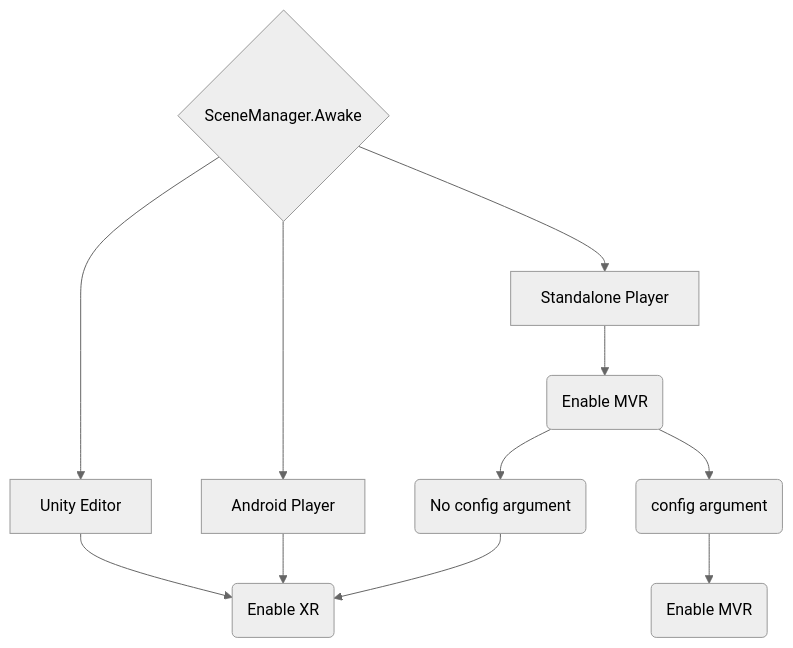
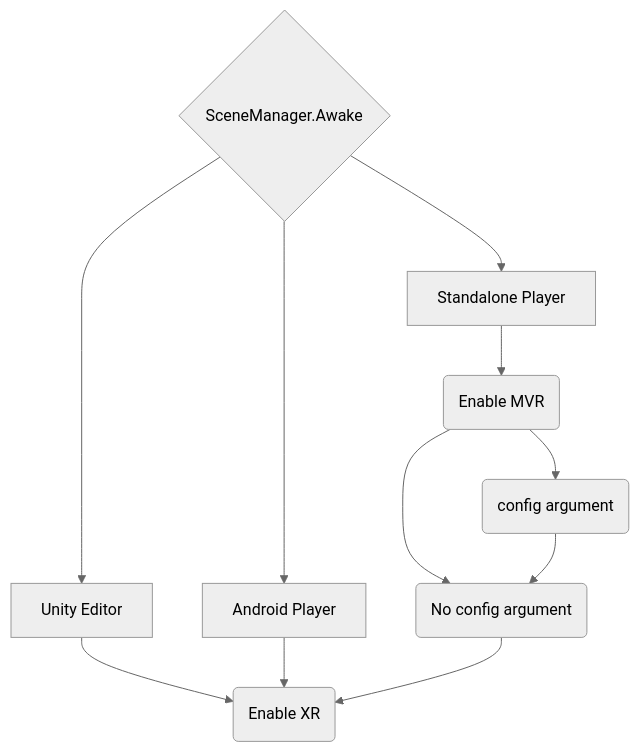
Before and after one commit to brown-ccv/w3d-translator: the diagram in docs/Writing3D.md, drawn with Mermaid (neutral theme). The commit also changed other lines of this file, not shown here.

````diff
--- a/docs/Writing3D.md
+++ b/docs/Writing3D.md
@@ -37,15 +37,15 @@
 ```mermaid
 graph TD;
     awake{SceneManager.Awake}-->unityEditor[Unity Editor]
     awake{SceneManager.Awake}-->standalonePlayer[Standalone Player]
     awake{SceneManager.Awake}-->androidPlayer[Android Player]
     unityEditor[Unity Editor]-->xr(Enable XR)
     androidPlayer[Android Player]-->xr(Enable XR)
 
     standalonePlayer[Standalone Player]-->mvr(Enable MVR)
     mvr(Enable MVR)-->config(config argument)
     mvr(Enable MVR)-->noconfig(No config argument)
-    config(config argument)-->mvr2(Enable MVR)
+    config(config argument)-->
     noconfig(No config argument)-->xr(Enable XR)
 
 ```
````
